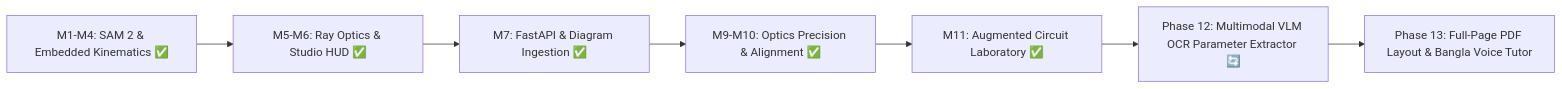
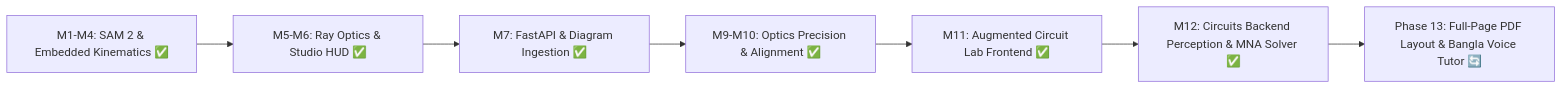
The second of 2 diagrams in PROJECT_CONTEXT.md (rahi-sadat/AI-Enhanced-Interactive-Physics-Textbook), drawn with Mermaid before and after one commit. The commit also changed other lines of this file and 26 other files, not shown here.

Commit message:
feat(circuits): perception pipeline, FastAPI endpoints, diagram evaluation & context

````diff
--- a/PROJECT_CONTEXT.md
+++ b/PROJECT_CONTEXT.md
@@ -388,9 +503,9 @@
 ```mermaid
 graph LR
     M1[M1-M4: SAM 2 & Embedded Kinematics ✅] --> M5[M5-M6: Ray Optics & Studio HUD ✅]
     M5 --> M7[M7: FastAPI & Diagram Ingestion ✅]
     M7 --> M9[M9-M10: Optics Precision & Alignment ✅]
-    M9 --> M11[M11: Augmented Circuit Laboratory ✅]
-    M11 --> M12[Phase 12: Multimodal VLM OCR Parameter Extractor 🔄]
-    M12 --> M13[Phase 13: Full-Page PDF Layout & Bangla Voice Tutor]
+    M9 --> M11[M11: Augmented Circuit Lab Frontend ✅]
+    M11 --> M12[M12: Circuits Backend Perception & MNA Solver ✅]
+    M12 --> M13[Phase 13: Full-Page PDF Layout & Bangla Voice Tutor 🔄]
 ```
````
